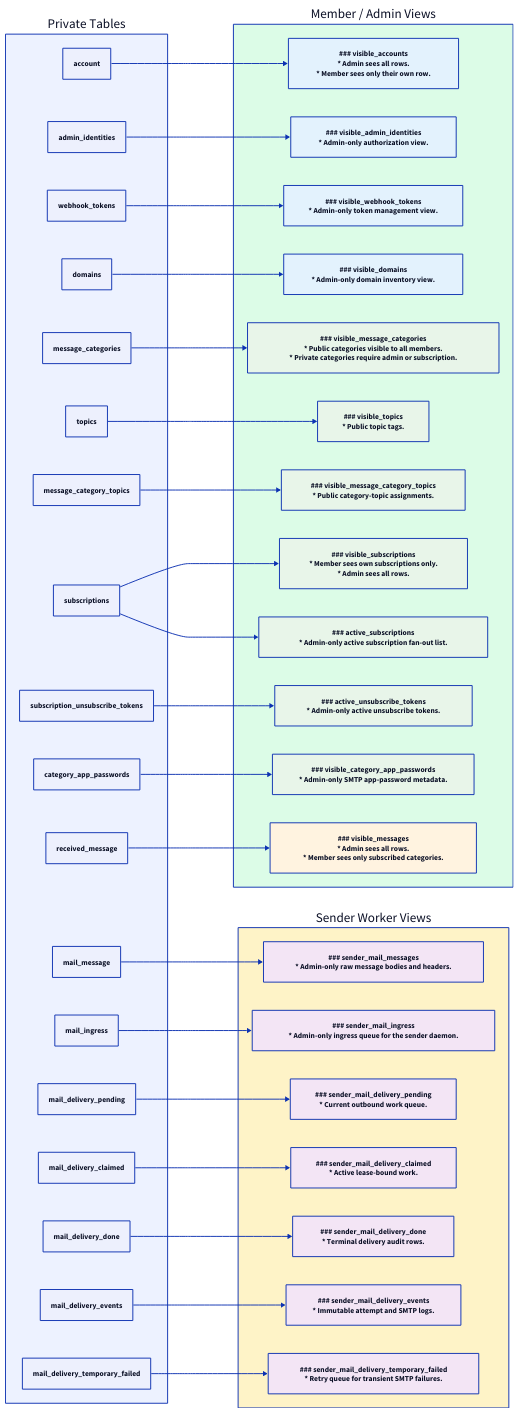
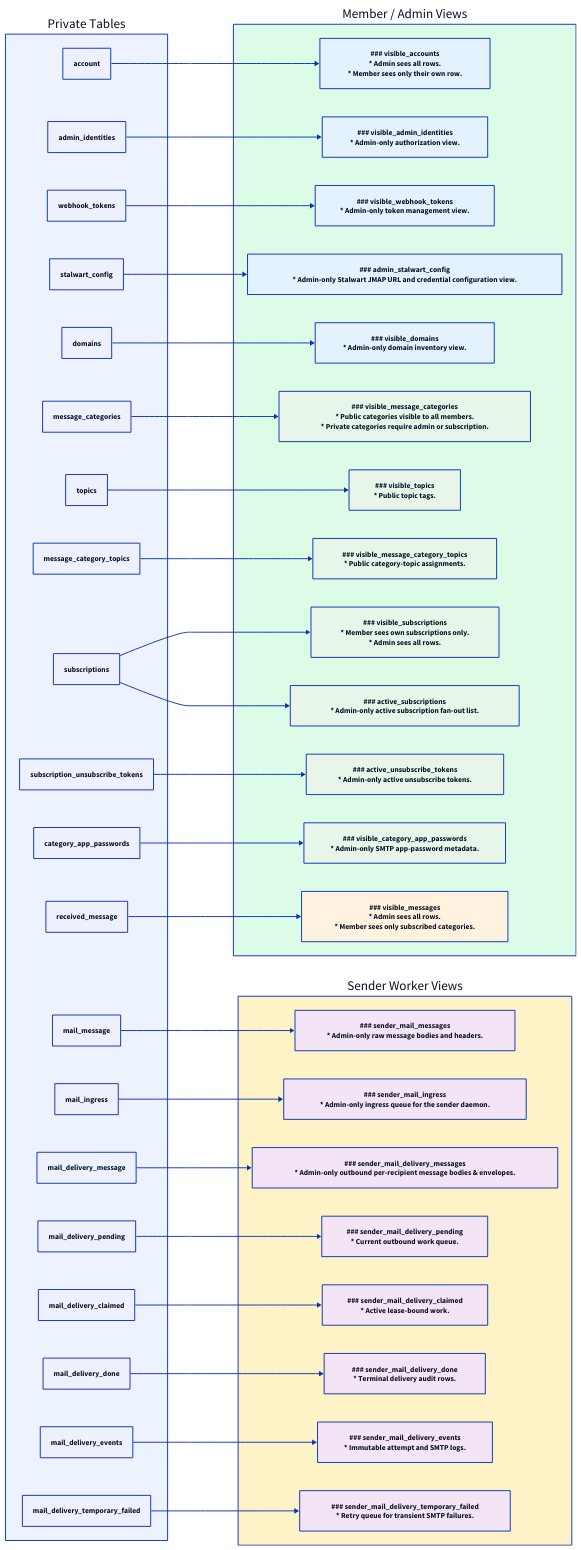
Before and after one commit to enaut/kommunikationszentrum: the diagram in docs/src/core/spacetimedb/database-schema-client-views.d2, drawn with D2. The commit also changed 11 other files, not shown here.

```diff
--- a/docs/src/core/spacetimedb/database-schema-client-views.d2
+++ b/docs/src/core/spacetimedb/database-schema-client-views.d2
@@ -5,6 +5,7 @@
   account
   admin_identities
   webhook_tokens
+  stalwart_config
   message_categories
   topics
   message_category_topics
@@ -15,6 +16,7 @@
   received_message
   mail_message
   mail_ingress
+  mail_delivery_message
   mail_delivery_pending
   mail_delivery_temporary_failed
   mail_delivery_claimed
@@ -45,6 +47,14 @@
   visible_webhook_tokens: |md
     ### visible_webhook_tokens
     * Admin-only token management view.
+  | {
+    shape: rectangle
+    style.fill: "#e3f2fd"
+  }
+
+  admin_stalwart_config: |md
+    ### admin_stalwart_config
+    * Admin-only Stalwart JMAP URL and credential configuration view.
   | {
     shape: rectangle
     style.fill: "#e3f2fd"
@@ -145,6 +155,14 @@
     style.fill: "#f3e5f5"
   }
 
+  sender_mail_delivery_messages: |md
+    ### sender_mail_delivery_messages
+    * Admin-only outbound per-recipient message bodies & envelopes.
+  | {
+    shape: rectangle
+    style.fill: "#f3e5f5"
+  }
+
   sender_mail_delivery_pending: |md
     ### sender_mail_delivery_pending
     * Current outbound work queue.
@@ -189,6 +207,7 @@
 "Private Tables".account -> "Member / Admin Views".visible_accounts
 "Private Tables".admin_identities -> "Member / Admin Views".visible_admin_identities
 "Private Tables".webhook_tokens -> "Member / Admin Views".visible_webhook_tokens
+"Private Tables".stalwart_config -> "Member / Admin Views".admin_stalwart_config
 "Private Tables".domains -> "Member / Admin Views".visible_domains
 "Private Tables".message_categories -> "Member / Admin Views".visible_message_categories
 "Private Tables".topics -> "Member / Admin Views".visible_topics
@@ -200,6 +219,7 @@
 "Private Tables".received_message -> "Member / Admin Views".visible_messages
 "Private Tables".mail_message -> "Sender Worker Views".sender_mail_messages
 "Private Tables".mail_ingress -> "Sender Worker Views".sender_mail_ingress
+"Private Tables".mail_delivery_message -> "Sender Worker Views".sender_mail_delivery_messages
 "Private Tables".mail_delivery_pending -> "Sender Worker Views".sender_mail_delivery_pending
 "Private Tables".mail_delivery_claimed -> "Sender Worker Views".sender_mail_delivery_claimed
 "Private Tables".mail_delivery_done -> "Sender Worker Views".sender_mail_delivery_done
```
